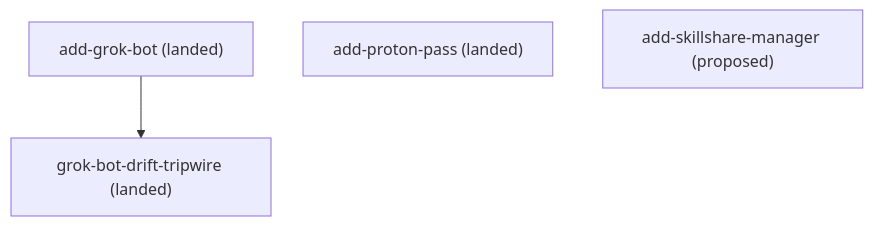
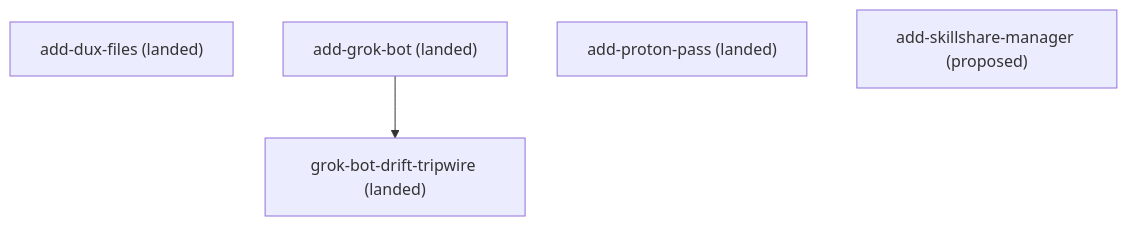
One commit to kli66/something-terrible changed the diagram in docs/roadmap.md. Above: the diagram before and after it, drawn with Mermaid. The commit also changed other lines of this file and 5 other files, not shown here.

````diff
--- a/docs/roadmap.md
+++ b/docs/roadmap.md
@@ -24,8 +25,9 @@
 ```mermaid
 flowchart TD
+    add_dux_files["add-dux-files (landed)"]
     add_grok_bot["add-grok-bot (landed)"]
     add_proton_pass["add-proton-pass (landed)"]
     add_skillshare_manager["add-skillshare-manager (proposed)"]
     grok_bot_drift_tripwire["grok-bot-drift-tripwire (landed)"]
     add_grok_bot --> grok_bot_drift_tripwire
 ```
````
